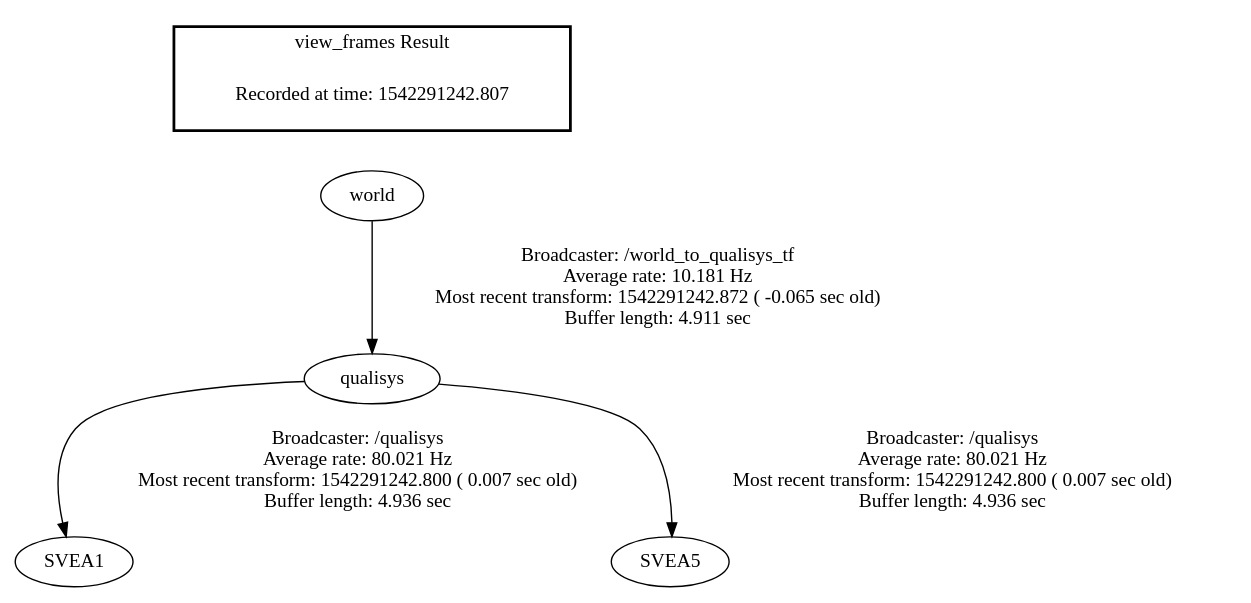
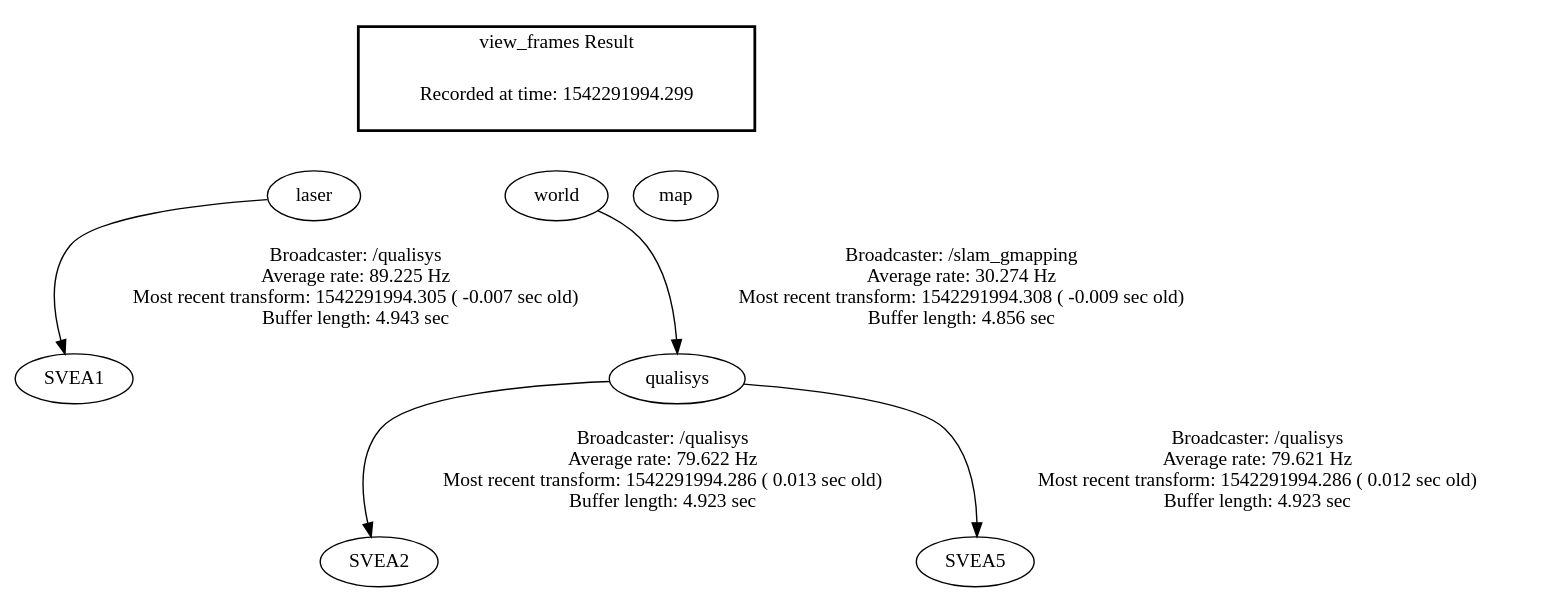
Before and after one commit to JiongruiHu/El2425_Automatic_Control_Group1: the diagram in frames.gv, drawn with Graphviz. The commit also changed 1 other file, not shown here.

```diff
--- a/frames.gv
+++ b/frames.gv
@@ -1,9 +1,18 @@
 digraph G {
-"world" -> "qualisys"[label="Broadcaster: /world_to_qualisys_tf\nAverage rate: 10.181 Hz\nMost recent transform: 1542291242.872 ( -0.065 sec old)\nBuffer length: 4.911 sec\n"];
-"qualisys" -> "SVEA1"[label="Broadcaster: /qualisys\nAverage rate: 80.021 Hz\nMost recent transform: 1542291242.800 ( 0.007 sec old)\nBuffer length: 4.936 sec\n"];
-"qualisys" -> "SVEA5"[label="Broadcaster: /qualisys\nAverage rate: 80.021 Hz\nMost recent transform: 1542291242.800 ( 0.007 sec old)\nBuffer length: 4.936 sec\n"];
+"laser" -> "SVEA1"[label="Broadcaster: /qualisys\nAverage rate: 89.225 Hz\nMost recent transform: 1542291994.305 ( -0.007 sec old)\nBuffer length: 4.943 sec\n"];
+"world" -> "qualisys"[label="Broadcaster: /slam_gmapping\nAverage rate: 30.274 Hz\nMost recent transform: 1542291994.308 ( -0.009 sec old)\nBuffer length: 4.856 sec\n"];
+"qualisys" -> "SVEA2"[label="Broadcaster: /qualisys\nAverage rate: 79.622 Hz\nMost recent transform: 1542291994.286 ( 0.013 sec old)\nBuffer length: 4.923 sec\n"];
+"qualisys" -> "SVEA5"[label="Broadcaster: /qualisys\nAverage rate: 79.621 Hz\nMost recent transform: 1542291994.286 ( 0.012 sec old)\nBuffer length: 4.923 sec\n"];
 edge [style=invis];
  subgraph cluster_legend { style=bold; color=black; label ="view_frames Result";
-"Recorded at time: 1542291242.807"[ shape=plaintext ] ;
+"Recorded at time: 1542291994.299"[ shape=plaintext ] ;
+ }->"laser";
+edge [style=invis];
+ subgraph cluster_legend { style=bold; color=black; label ="view_frames Result";
+"Recorded at time: 1542291994.299"[ shape=plaintext ] ;
  }->"world";
+edge [style=invis];
+ subgraph cluster_legend { style=bold; color=black; label ="view_frames Result";
+"Recorded at time: 1542291994.299"[ shape=plaintext ] ;
+ }->"map";
 }
```
